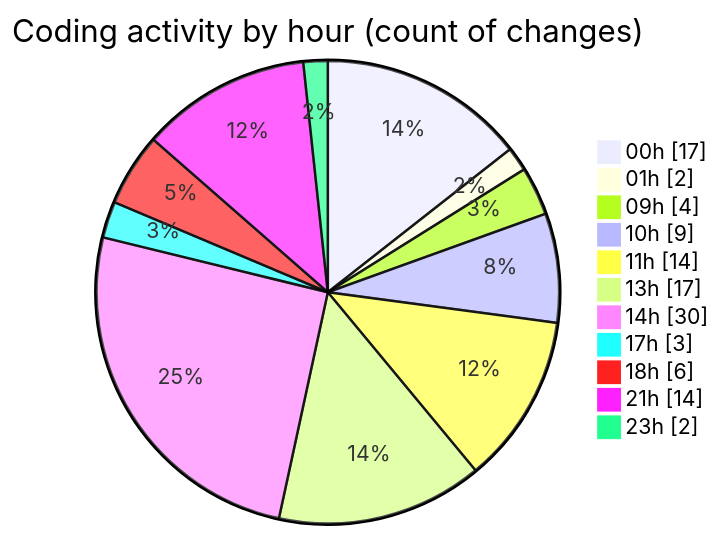
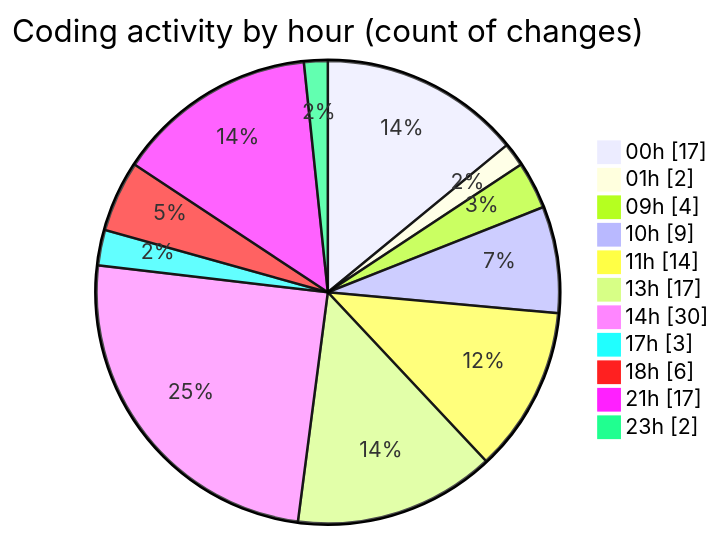
The second of 2 diagrams in 2025-10-29/eventscop-frontend-guide__workspace_/README.md (julien-gomy/code-tracking), drawn with Mermaid before and after one commit. The commit also changed other lines of this file and 1 other file, not shown here.

````diff
--- a/2025-10-29/eventscop-frontend-guide__workspace_/README.md
+++ b/2025-10-29/eventscop-frontend-guide__workspace_/README.md
@@ -65,15 +66,15 @@
 ```mermaid
 pie showData
 title Coding activity by hour (count of changes)
 "00h" : 17
 "01h" : 2
 "09h" : 4
 "10h" : 9
 "11h" : 14
 "13h" : 17
 "14h" : 30
 "17h" : 3
 "18h" : 6
-"21h" : 14
+"21h" : 17
 "23h" : 2
 ```
````
